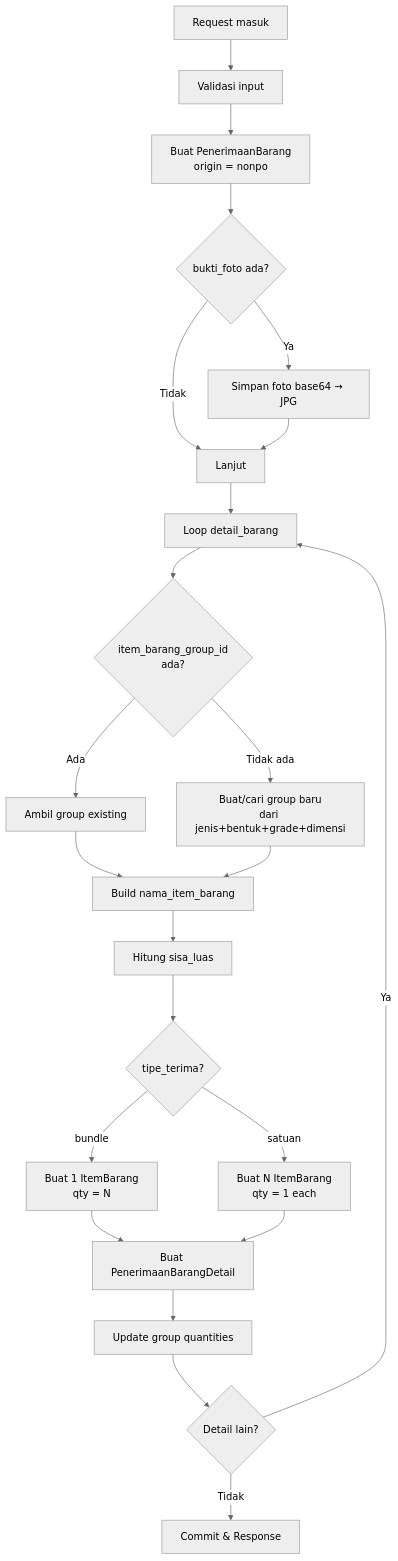
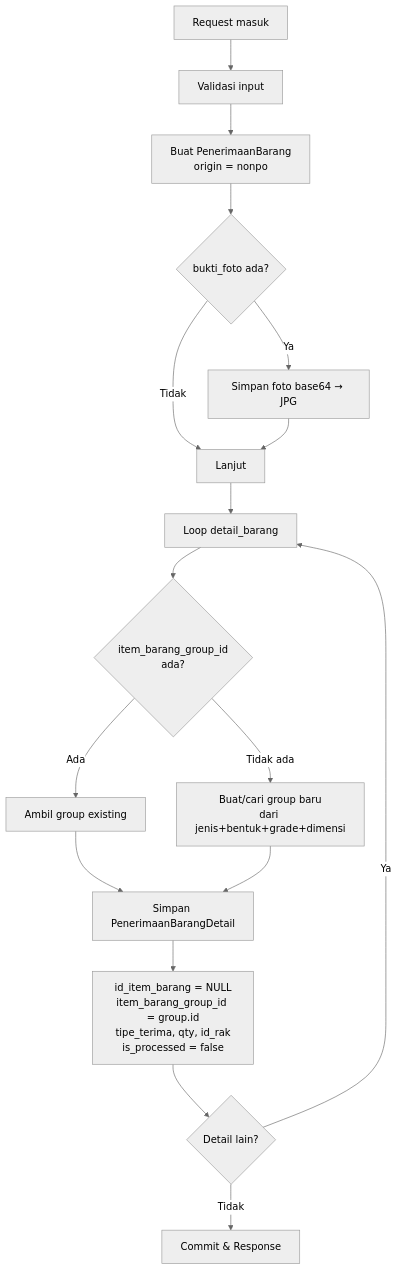
One commit to Randykhengdy/SHN-FE changed the first of 3 diagrams in docs/penerimaanbarang_nonpo.md. Above: the diagram before and after it, drawn with Mermaid (neutral theme). The commit also changed other lines of this file and 2 other files, not shown here.

Commit message:
temp terima barang non po approval

````diff
--- a/docs/penerimaanbarang_nonpo.md
+++ b/docs/penerimaanbarang_nonpo.md
@@ -128,25 +132,19 @@
 ```mermaid
 flowchart TD
     A[Request masuk] --> B[Validasi input]
     B --> C[Buat PenerimaanBarang<br/>origin = nonpo]
     C --> D{bukti_foto ada?}
     D -->|Ya| E[Simpan foto base64 → JPG]
     D -->|Tidak| F[Lanjut]
     E --> F
     F --> G[Loop detail_barang]
     G --> H{item_barang_group_id<br/>ada?}
     H -->|Ada| I[Ambil group existing]
     H -->|Tidak ada| J[Buat/cari group baru<br/>dari jenis+bentuk+grade+dimensi]
-    I --> K[Build nama_item_barang]
+    I --> K[Simpan PenerimaanBarangDetail]
     J --> K
-    K --> L[Hitung sisa_luas]
-    L --> M{tipe_terima?}
-    M -->|bundle| N[Buat 1 ItemBarang<br/>qty = N]
-    M -->|satuan| O[Buat N ItemBarang<br/>qty = 1 each]
-    N --> P[Buat PenerimaanBarangDetail]
-    O --> P
-    P --> Q[Update group quantities]
-    Q --> R{Detail lain?}
-    R -->|Ya| G
-    R -->|Tidak| S[Commit & Response]
+    K --> L["id_item_barang = NULL<br/>item_barang_group_id = group.id<br/>tipe_terima, qty, id_rak<br/>is_processed = false"]
+    L --> M{Detail lain?}
+    M -->|Ya| G
+    M -->|Tidak| N[Commit & Response]
 ```
````
